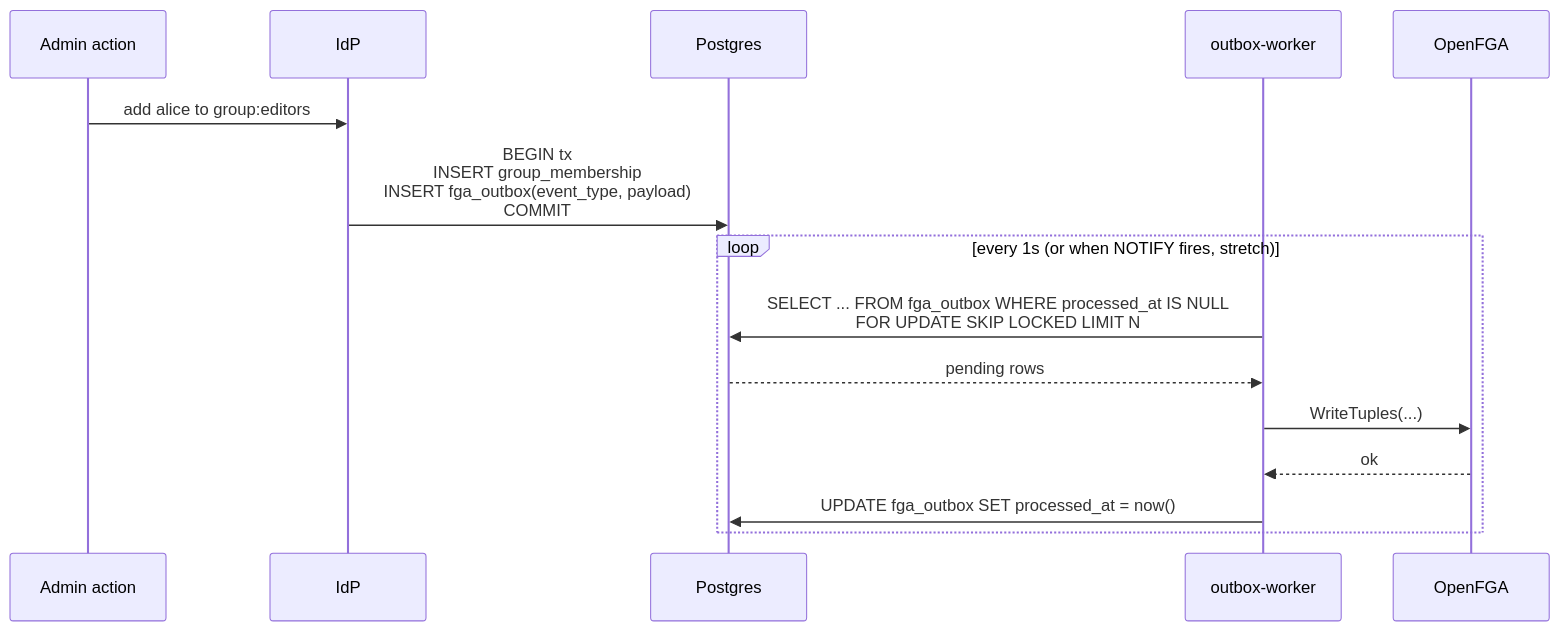
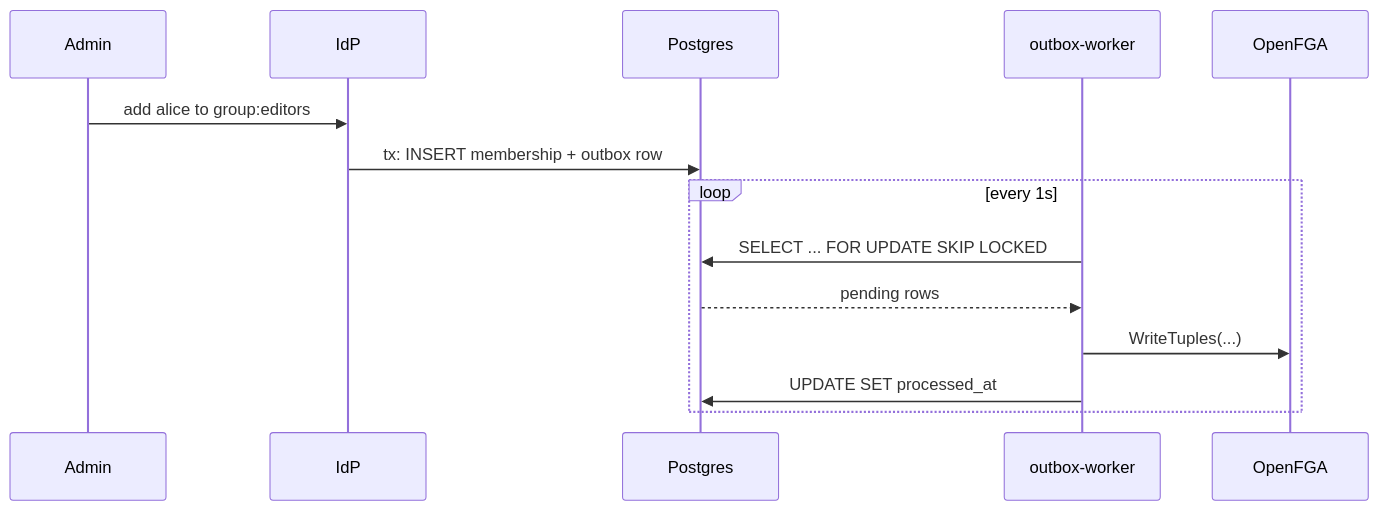
The fourth of 5 diagrams in README.md (mhockenbury/identity-provider), drawn with Mermaid before and after one commit. The commit also changed other lines of this file and 3 other files, not shown here.

First line of the commit message:
docs: trim README + architecture; fix React version drift

````diff
--- a/README.md
+++ b/README.md
@@ -276,19 +226,18 @@
 ```mermaid
 sequenceDiagram
-    participant A as Admin action
+    participant A as Admin
     participant I as IdP
     participant P as Postgres
     participant W as outbox-worker
     participant F as OpenFGA
 
     A->>I: add alice to group:editors
-    I->>P: BEGIN tx<br/>INSERT group_membership<br/>INSERT fga_outbox(event_type, payload)<br/>COMMIT
+    I->>P: tx: INSERT membership + outbox row
 
-    loop every 1s (or when NOTIFY fires, stretch)
-        W->>P: SELECT ... FROM fga_outbox WHERE processed_at IS NULL<br/>FOR UPDATE SKIP LOCKED LIMIT N
+    loop every 1s
+        W->>P: SELECT ... FOR UPDATE SKIP LOCKED
         P-->>W: pending rows
         W->>F: WriteTuples(...)
-        F-->>W: ok
-        W->>P: UPDATE fga_outbox SET processed_at = now()
+        W->>P: UPDATE SET processed_at
     end
 ```
````
